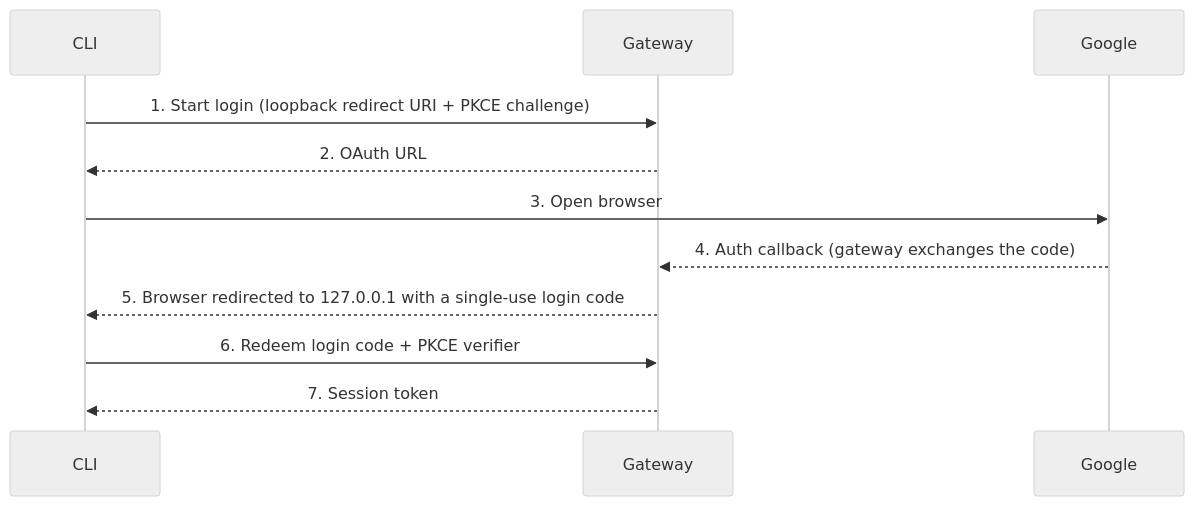
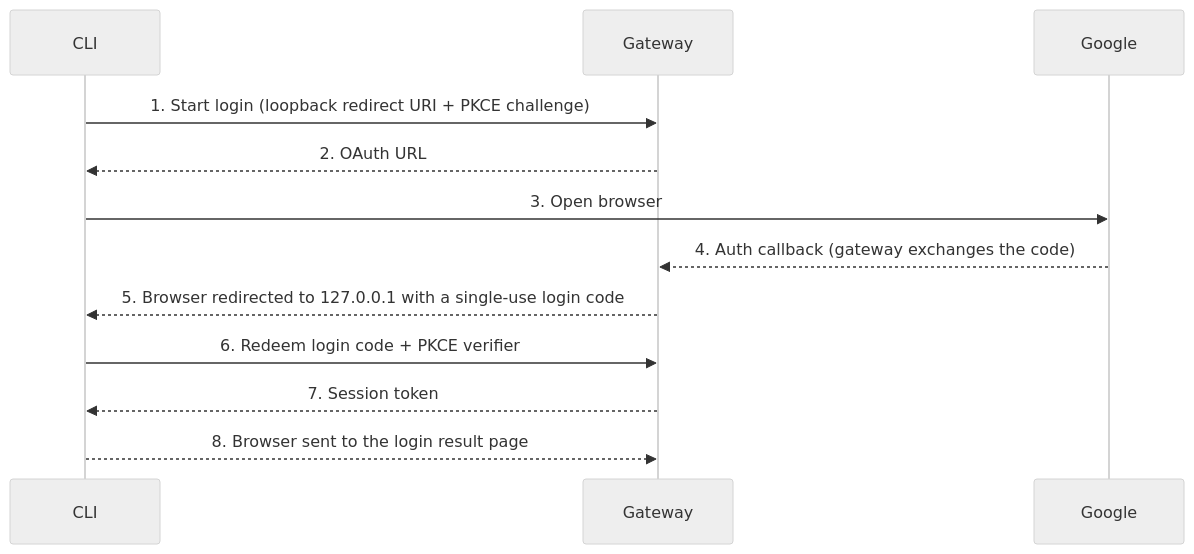
One commit to DocSpring/rack-gateway changed the diagram in docs/src/content/docs/user-guide/cli/authentication.mdx. Above: the diagram before and after it, drawn with Mermaid (neutral theme). The commit also changed other lines of this file and 12 other files, not shown here.

First line of the commit message:
CLI login: send the browser to the styled result pages

````diff
--- a/docs/src/content/docs/user-guide/cli/authentication.mdx
+++ b/docs/src/content/docs/user-guide/cli/authentication.mdx
@@ -43,14 +44,15 @@
 ```mermaid
 sequenceDiagram
     participant CLI
     participant Gateway
     participant Google
 
     CLI->>Gateway: 1. Start login (loopback redirect URI + PKCE challenge)
     Gateway-->>CLI: 2. OAuth URL
     CLI->>Google: 3. Open browser
     Google-->>Gateway: 4. Auth callback (gateway exchanges the code)
     Gateway-->>CLI: 5. Browser redirected to 127.0.0.1 with a single-use login code
     CLI->>Gateway: 6. Redeem login code + PKCE verifier
     Gateway-->>CLI: 7. Session token
+    CLI-->>Gateway: 8. Browser sent to the login result page
 ```
````
